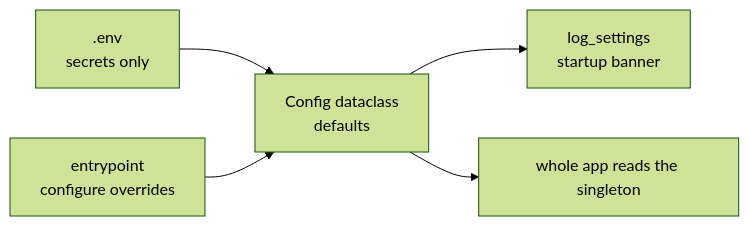
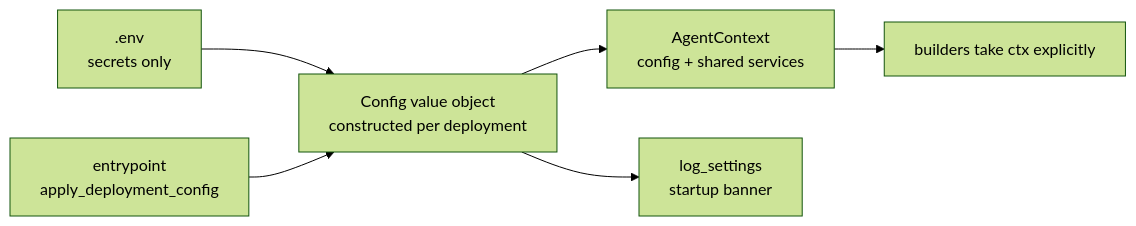
The diagram in docs/configuration.md (carneirofc/magi-ai-assistant), drawn with Mermaid (forest theme) before and after one commit. The commit also changed other lines of this file and 62 other files, not shown here.

````diff
--- a/docs/configuration.md
+++ b/docs/configuration.md
@@ -13,7 +13,8 @@
 ```mermaid
 flowchart LR
-    ENV[.env<br/>secrets only] --> CFG[Config dataclass<br/>defaults]
-    ENT[entrypoint<br/>configure overrides] --> CFG
+    ENV[.env<br/>secrets only] --> CFG[Config value object<br/>constructed per deployment]
+    ENT[entrypoint<br/>apply_deployment_config] --> CFG
+    CFG --> CTX[AgentContext<br/>config + shared services]
     CFG --> BANNER[log_settings<br/>startup banner]
-    CFG --> APP[whole app reads the singleton]
+    CTX --> APP[builders take ctx explicitly]
 ```
````
